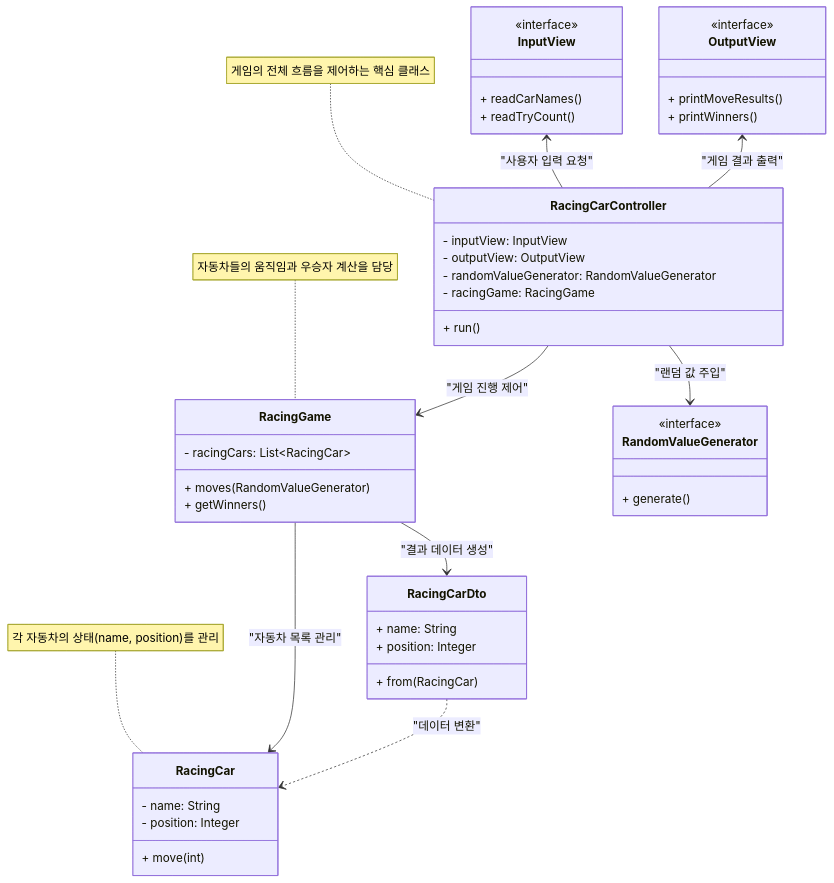
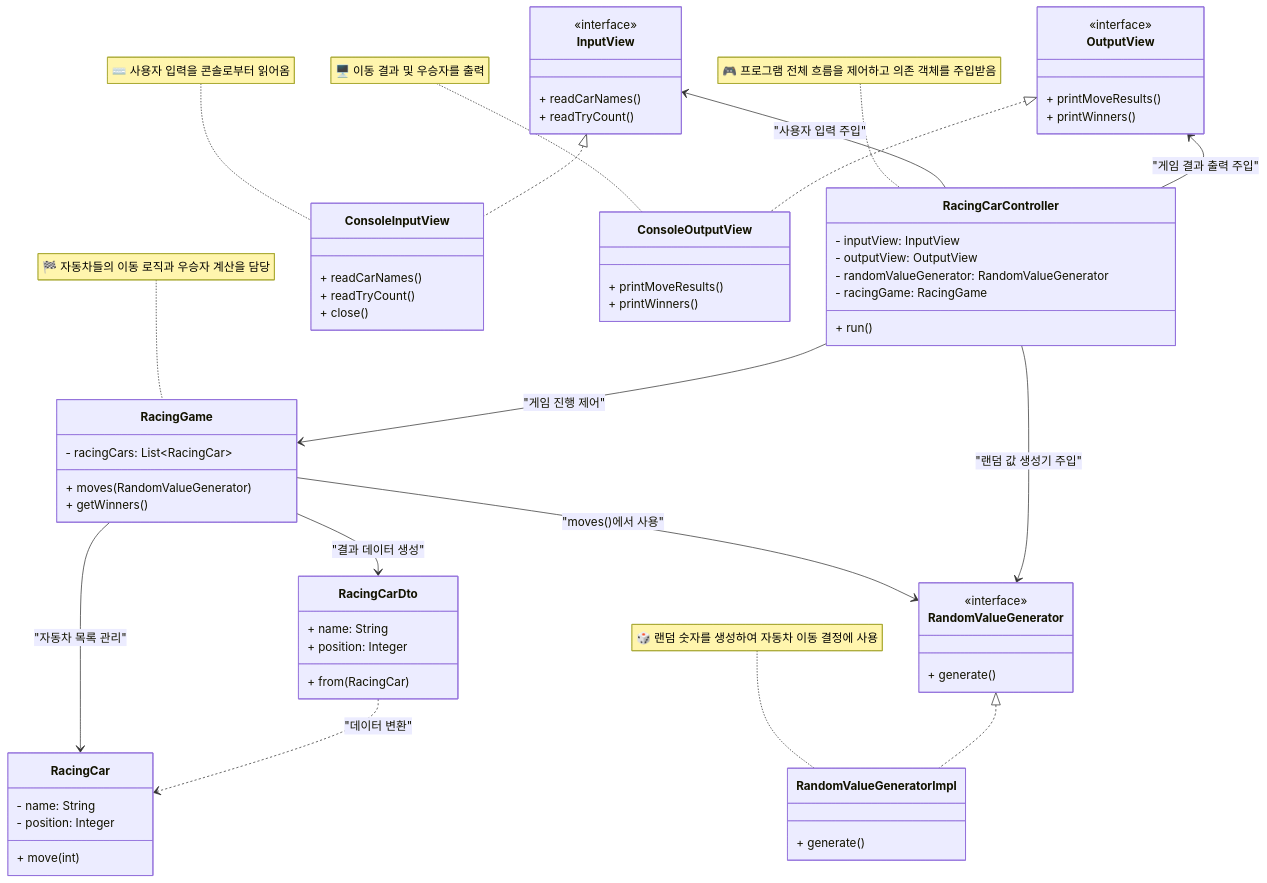
The diagram in README.md (bee9827/java-racingcar-8), drawn with Mermaid before and after one commit.

Commit message:
docs: 클래스 다이어그램 의존관계 주입 추가

````diff
--- a/README.md
+++ b/README.md
@@ -7,8 +7,7 @@
 classDiagram
     direction TB
 
-    %% --- Layer Grouping ---
-    %% Controller Layer
+    %% --- Controller Layer ---
     class RacingCarController {
         + run()
         - inputView: InputView
@@ -17,7 +16,31 @@
         - racingGame: RacingGame
     }
 
-    %% Domain Layer
+    %% --- View Layer ---
+    class InputView {
+        <<interface>>
+        + readCarNames()
+        + readTryCount()
+    }
+
+    class OutputView {
+        <<interface>>
+        + printMoveResults()
+        + printWinners()
+    }
+
+    class ConsoleInputView {
+        + readCarNames()
+        + readTryCount()
+        + close()
+    }
+
+    class ConsoleOutputView {
+        + printMoveResults()
+        + printWinners()
+    }
+
+    %% --- Domain Layer ---
     class RacingGame {
         + moves(RandomValueGenerator)
         + getWinners()
@@ -30,44 +53,46 @@
         - position: Integer
     }
 
-    %% Data Transfer
+    %% --- Data Transfer ---
     class RacingCarDto {
         + name: String
         + position: Integer
         + from(RacingCar)
     }
 
-    %% View Layer
-    class InputView {
-        <<interface>>
-        + readCarNames()
-        + readTryCount()
-    }
-
-    class OutputView {
-        <<interface>>
-        + printMoveResults()
-        + printWinners()
-    }
-
-    %% Utility
+    %% --- Utility Layer ---
     class RandomValueGenerator {
         <<interface>>
         + generate()
     }
 
-    %% --- Relationships ---
-    InputView <-- RacingCarController : "사용자 입력 요청"
-    OutputView <-- RacingCarController : "게임 결과 출력"
-    RacingCarController --> RandomValueGenerator : "랜덤 값 주입"
+    class RandomValueGeneratorImpl {
+        + generate()
+    }
+
+    %% --- Relationships (with Role Labels) ---
+    %% Controller Layer
+    InputView <|.. ConsoleInputView
+    OutputView <|.. ConsoleOutputView
+    RandomValueGenerator <|.. RandomValueGeneratorImpl
+
+    InputView <-- RacingCarController : "사용자 입력 주입"
+    OutputView <-- RacingCarController : "게임 결과 출력 주입"
+    RandomValueGenerator <-- RacingCarController : "랜덤 값 생성기 주입"
     RacingCarController --> RacingGame : "게임 진행 제어"
 
+    %% Domain Layer
     RacingGame --> RacingCar : "자동차 목록 관리"
     RacingGame --> RacingCarDto : "결과 데이터 생성"
+    RacingGame --> RandomValueGenerator : "moves()에서 사용"
+
     RacingCarDto ..> RacingCar : "데이터 변환"
 
-    %% --- Notes for Readability ---
-    note for RacingCarController "게임의 전체 흐름을 제어하는 핵심 클래스"
-    note for RacingGame "자동차들의 움직임과 우승자 계산을 담당"
-    note for RacingCar "각 자동차의 상태(name, position)를 관리"
+    %% --- Notes ---
+    note for RacingCarController "🎮 프로그램 전체 흐름을 제어하고 의존 객체를 주입받음"
+    note for RacingGame "🏁 자동차들의 이동 로직과 우승자 계산을 담당"
+    note for ConsoleInputView "⌨️ 사용자 입력을 콘솔로부터 읽어옴"
+    note for ConsoleOutputView "🖥️ 이동 결과 및 우승자를 출력"
+    note for RandomValueGeneratorImpl "🎲 랜덤 숫자를 생성하여 자동차 이동 결정에 사용"
+
 ``` 
````
